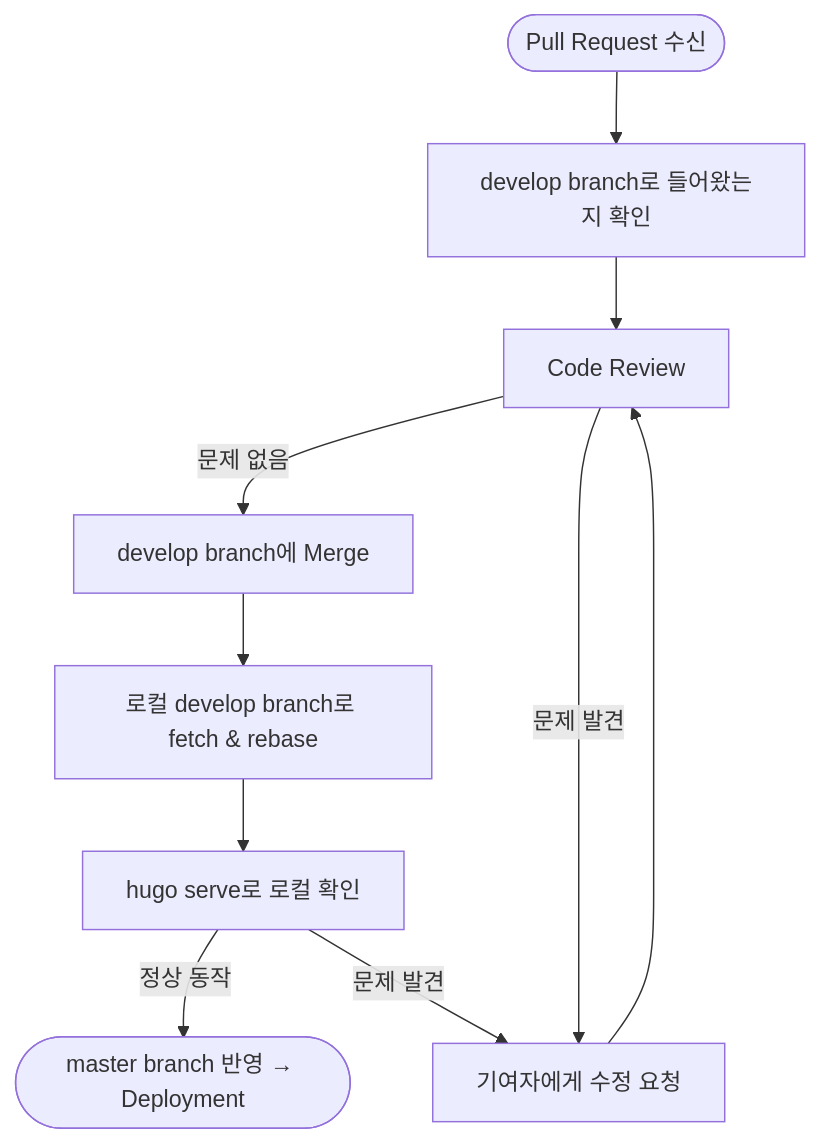
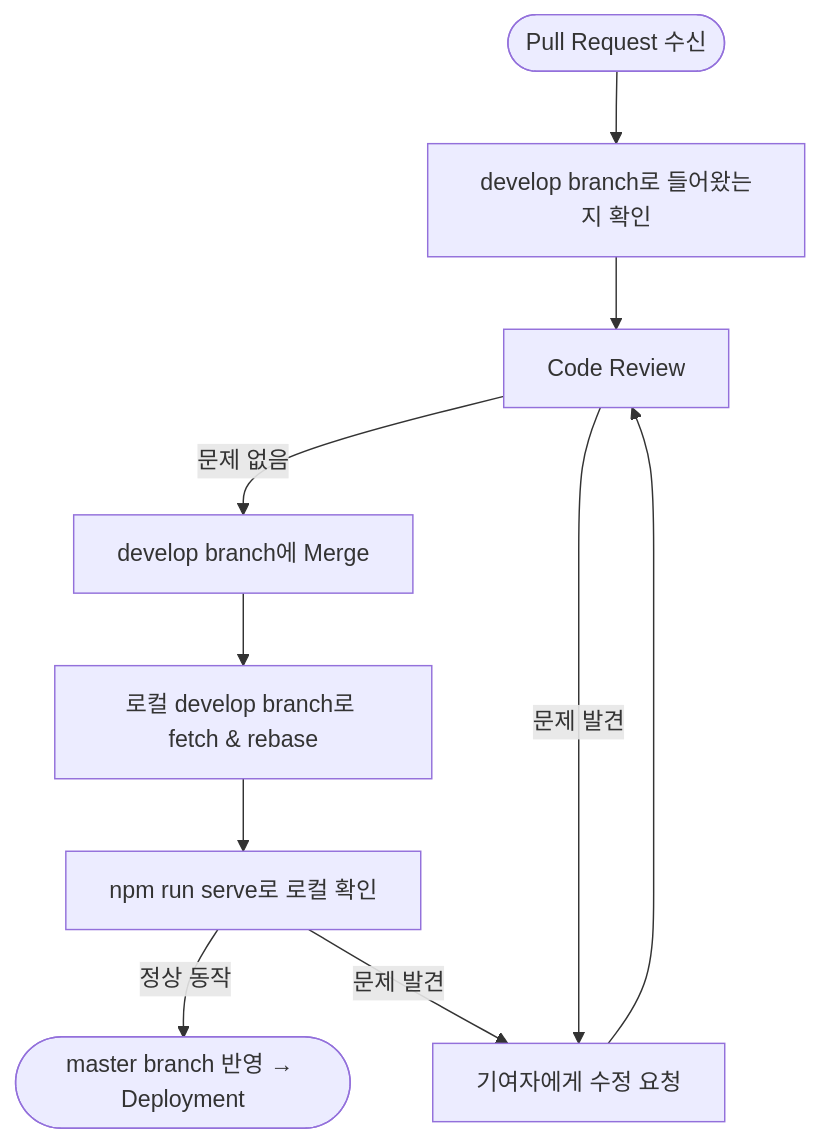
The diagram in docs/admin/review-test.md (OpenChain-Project/OpenChain-KWG), drawn with Mermaid before and after one commit. The commit also changed other lines of this file and 4 other files, not shown here.

First line of the commit message:
docs: 빌드·로컬 서버 안내를 npm 스크립트(npm run serve/build)로 통일

````diff
--- a/docs/admin/review-test.md
+++ b/docs/admin/review-test.md
@@ -5,12 +5,12 @@
 ```mermaid
 flowchart TD
   A([Pull Request 수신]) --> B[develop branch로 들어왔는지 확인]
   B --> C[Code Review]
   C -- 문제 없음 --> D[develop branch에 Merge]
   C -- 문제 발견 --> E[기여자에게 수정 요청]
   E --> C
   D --> F[로컬 develop branch로 fetch & rebase]
-  F --> G[hugo serve로 로컬 확인]
+  F --> G[npm run serve로 로컬 확인]
   G -- 정상 동작 --> H([master branch 반영 → Deployment])
   G -- 문제 발견 --> E
 ```
````
